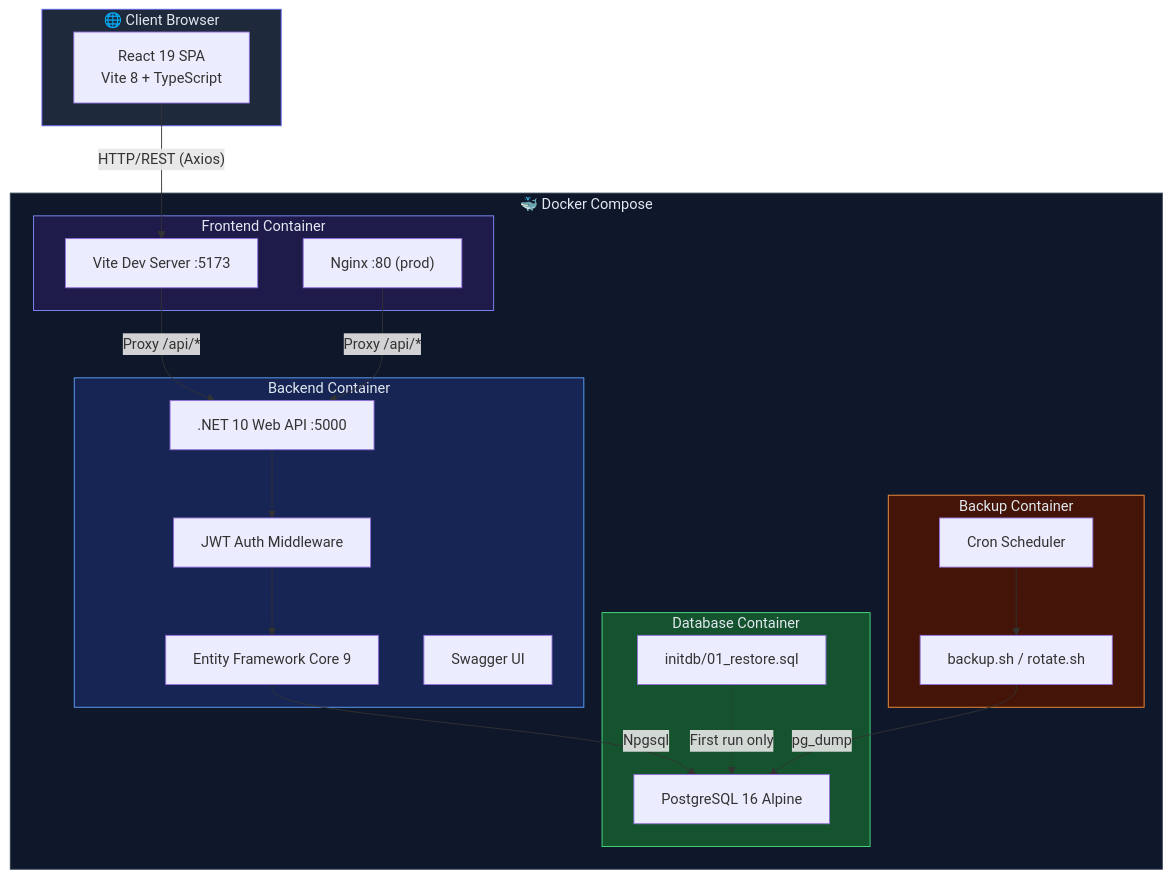
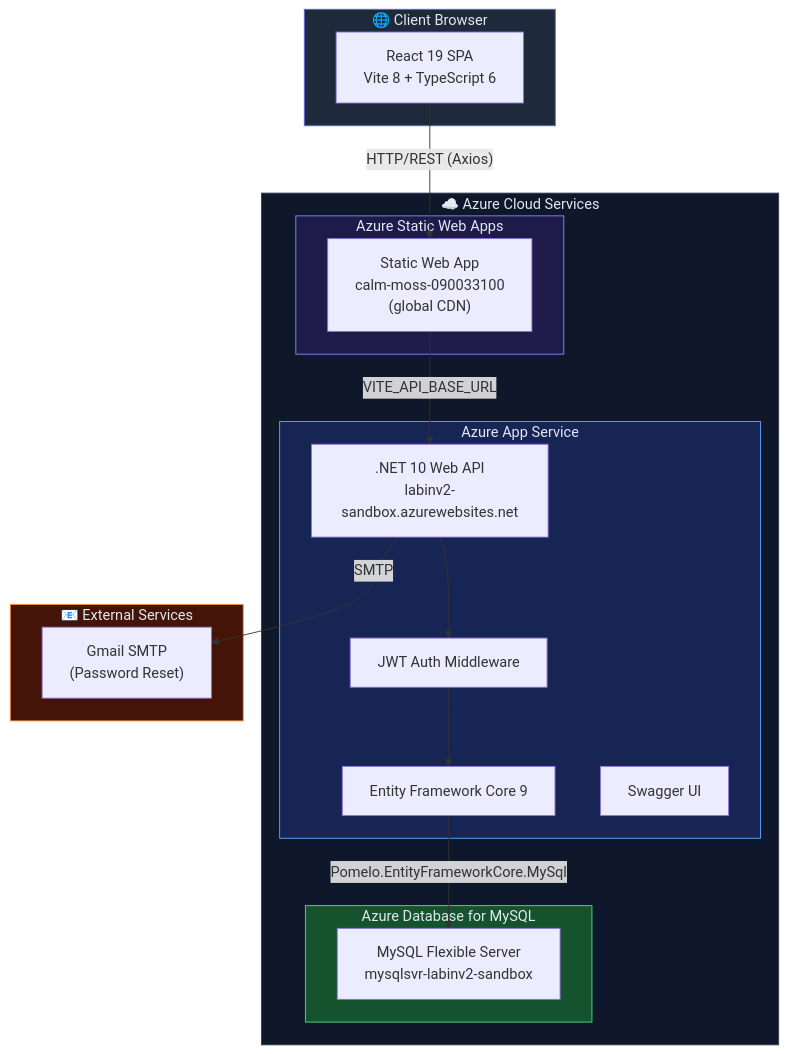
Before and after one commit to SalmonSama/chemical_ordering_monitoring_system_document: the first of 10 diagrams in flowchart.md, drawn with Mermaid. The commit also changed other lines of this file and 1 other file, not shown here.

First line of the commit message:
Remove peroxide FK, add favorites, move to Azure

````diff
--- a/flowchart.md
+++ b/flowchart.md
@@ -5,47 +5,41 @@
 ```mermaid
 graph TB
     subgraph Client["🌐 Client Browser"]
-        React["React 19 SPA<br/>Vite 8 + TypeScript"]
+        React["React 19 SPA<br/>Vite 8 + TypeScript 6"]
     end
 
-    subgraph Docker["🐳 Docker Compose"]
-        subgraph Frontend["Frontend Container"]
-            Vite["Vite Dev Server :5173"]
-            Nginx["Nginx :80 (prod)"]
+    subgraph Azure["☁️ Azure Cloud Services"]
+        subgraph Frontend["Azure Static Web Apps"]
+            SWA["Static Web App<br/>calm-moss-090033100<br/>(global CDN)"]
         end
 
-        subgraph Backend["Backend Container"]
-            API[".NET 10 Web API :5000"]
+        subgraph Backend["Azure App Service"]
+            API[".NET 10 Web API<br/>labinv2-sandbox.azurewebsites.net"]
             EF["Entity Framework Core 9"]
             JWT["JWT Auth Middleware"]
             Swagger["Swagger UI"]
         end
 
-        subgraph Database["Database Container"]
-            PG["PostgreSQL 16 Alpine"]
-            InitDB["initdb/01_restore.sql"]
-        end
-
-        subgraph Backup["Backup Container"]
-            Cron["Cron Scheduler"]
-            BkScript["backup.sh / rotate.sh"]
+        subgraph Database["Azure Database for MySQL"]
+            MySQL["MySQL Flexible Server<br/>mysqlsvr-labinv2-sandbox"]
         end
     end
 
-    React -->|"HTTP/REST (Axios)"| Vite
-    Vite -->|"Proxy /api/*"| API
-    Nginx -->|"Proxy /api/*"| API
+    subgraph Mail["📧 External Services"]
+        SMTP["Gmail SMTP<br/>(Password Reset)"]
+    end
+
+    React -->|"HTTP/REST (Axios)"| SWA
+    SWA -->|"VITE_API_BASE_URL"| API
     API --> JWT
     JWT --> EF
-    EF -->|"Npgsql"| PG
-    InitDB -.->|"First run only"| PG
-    Cron --> BkScript
-    BkScript -->|"pg_dump"| PG
+    EF -->|"Pomelo.EntityFrameworkCore.MySql"| MySQL
+    API -->|"SMTP"| SMTP
 
     style Client fill:#1e293b,stroke:#6366f1,color:#e2e8f0
-    style Docker fill:#0f172a,stroke:#334155,color:#e2e8f0
+    style Azure fill:#0f172a,stroke:#334155,color:#e2e8f0
     style Frontend fill:#1e1b4b,stroke:#818cf8,color:#e2e8f0
     style Backend fill:#172554,stroke:#60a5fa,color:#e2e8f0
     style Database fill:#14532d,stroke:#4ade80,color:#e2e8f0
-    style Backup fill:#431407,stroke:#fb923c,color:#e2e8f0
+    style Mail fill:#431407,stroke:#fb923c,color:#e2e8f0
 ```
````
